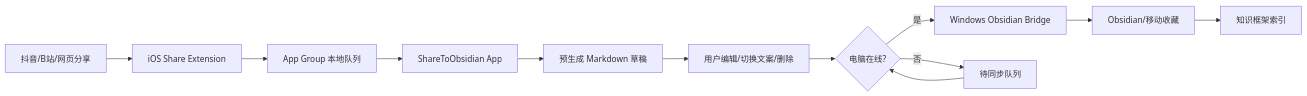
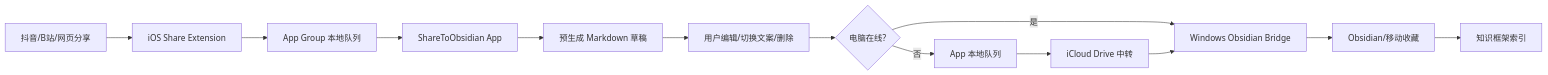
The diagram in Docs/ARCHITECTURE.md (He-Dawei/ShareToObsidian-iOS), drawn with Mermaid before and after one commit. The commit also changed other lines of this file and 16 other files, not shown here.

````diff
--- a/Docs/ARCHITECTURE.md
+++ b/Docs/ARCHITECTURE.md
@@ -17,14 +17,15 @@
 ```mermaid
 flowchart LR
     A["抖音/B站/网页分享"] --> B["iOS Share Extension"]
     B --> C["App Group 本地队列"]
     C --> D["ShareToObsidian App"]
     D --> E["预生成 Markdown 草稿"]
     E --> F["用户编辑/切换文案/删除"]
     F --> G{"电脑在线?"}
     G -->|"是"| H["Windows Obsidian Bridge"]
-    G -->|"否"| I["待同步队列"]
-    I --> G
+    G -->|"否"| I["App 本地队列"]
+    I --> L["iCloud Drive 中转"]
+    L --> H
     H --> J["Obsidian/移动收藏"]
     J --> K["知识框架索引"]
 ```
````
